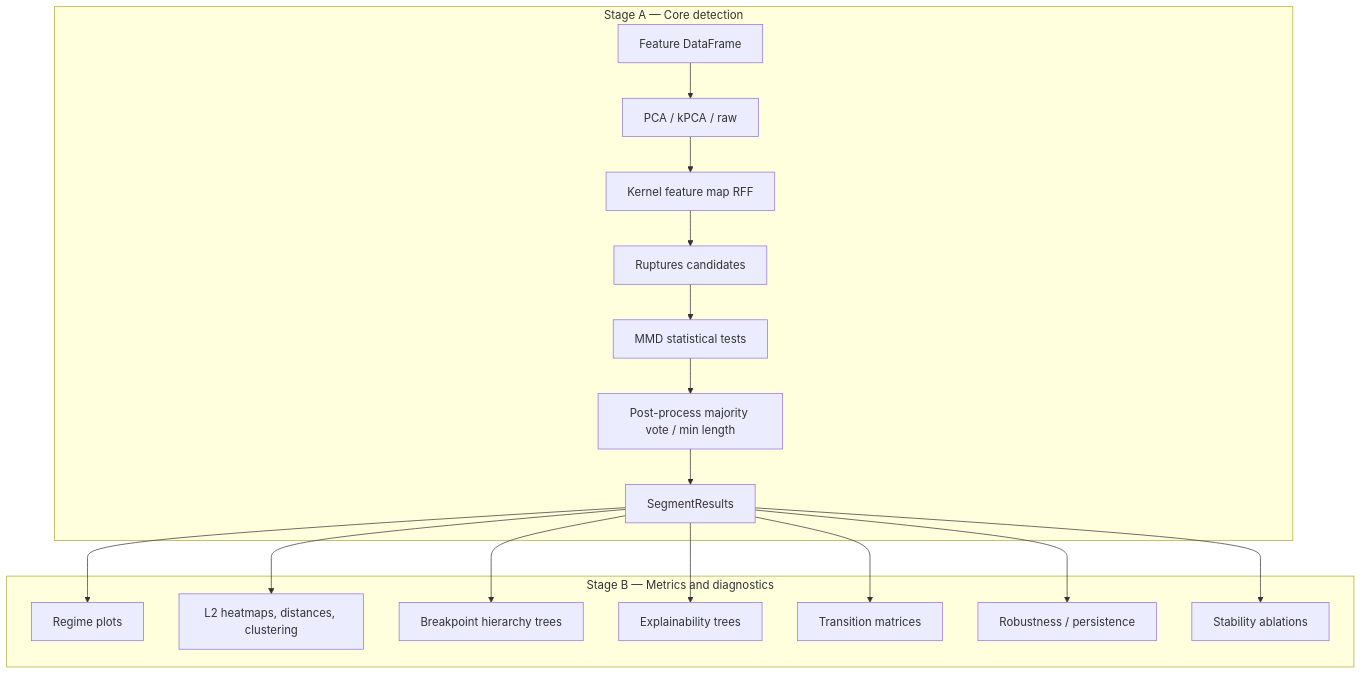
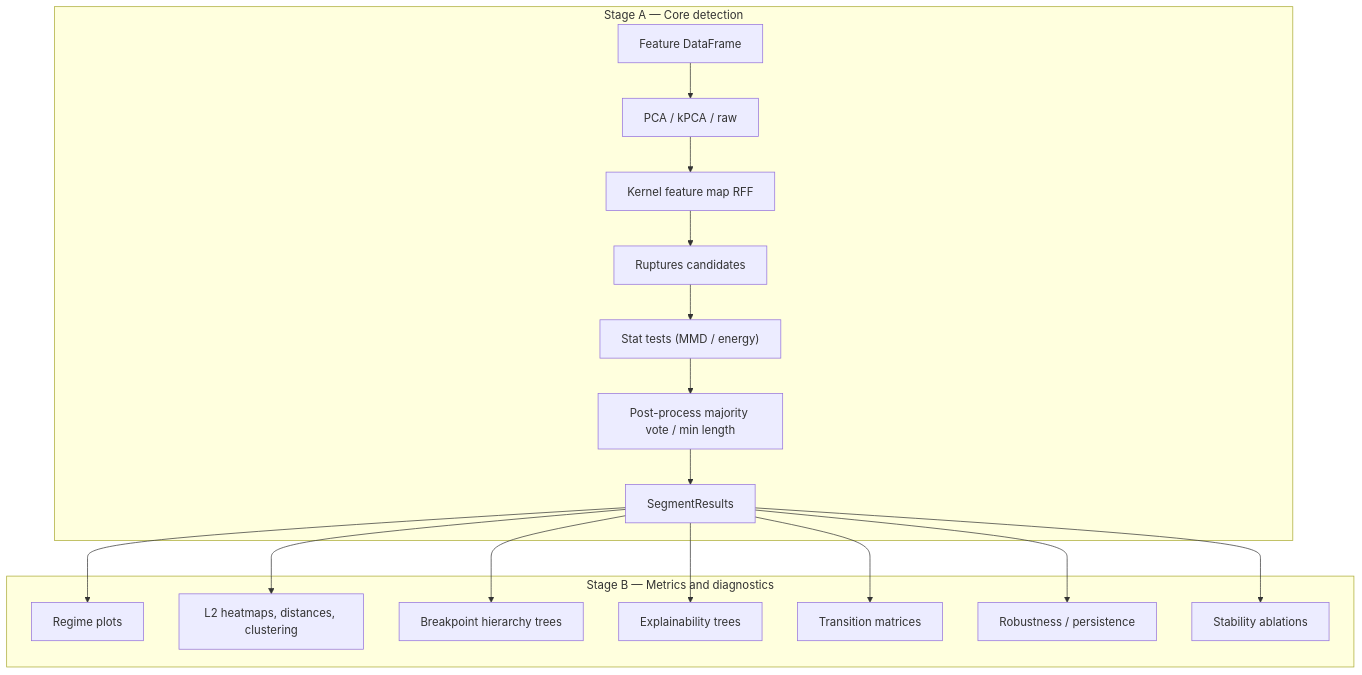
The second of 4 diagrams in README.md (FulgentMcGuffin/gulfstream), drawn with Mermaid before and after one commit. The commit also changed other lines of this file and 41 other files, not shown here.

````diff
--- a/README.md
+++ b/README.md
@@ -124,21 +142,21 @@
 ```mermaid
 flowchart TB
   subgraph stageA ["Stage A — Core detection"]
     df["Feature DataFrame"] --> dimred["PCA / kPCA / raw"]
     dimred --> rff["Kernel feature map RFF"]
     rff --> rupt["Ruptures candidates"]
-    rupt --> mmd["MMD statistical tests"]
+    rupt --> mmd["Stat tests (MMD / energy)"]
     mmd --> post["Post-process majority vote / min length"]
     post --> res["SegmentResults"]
   end
 
   subgraph stageB ["Stage B — Metrics and diagnostics"]
     res --> viz["Regime plots"]
     res --> insights["L2 heatmaps, distances, clustering"]
     res --> trees["Breakpoint hierarchy trees"]
     res --> exp["Explainability trees"]
     res --> trans["Transition matrices"]
     res --> robust["Robustness / persistence"]
     res --> stab["Stability ablations"]
   end
 ```
````
